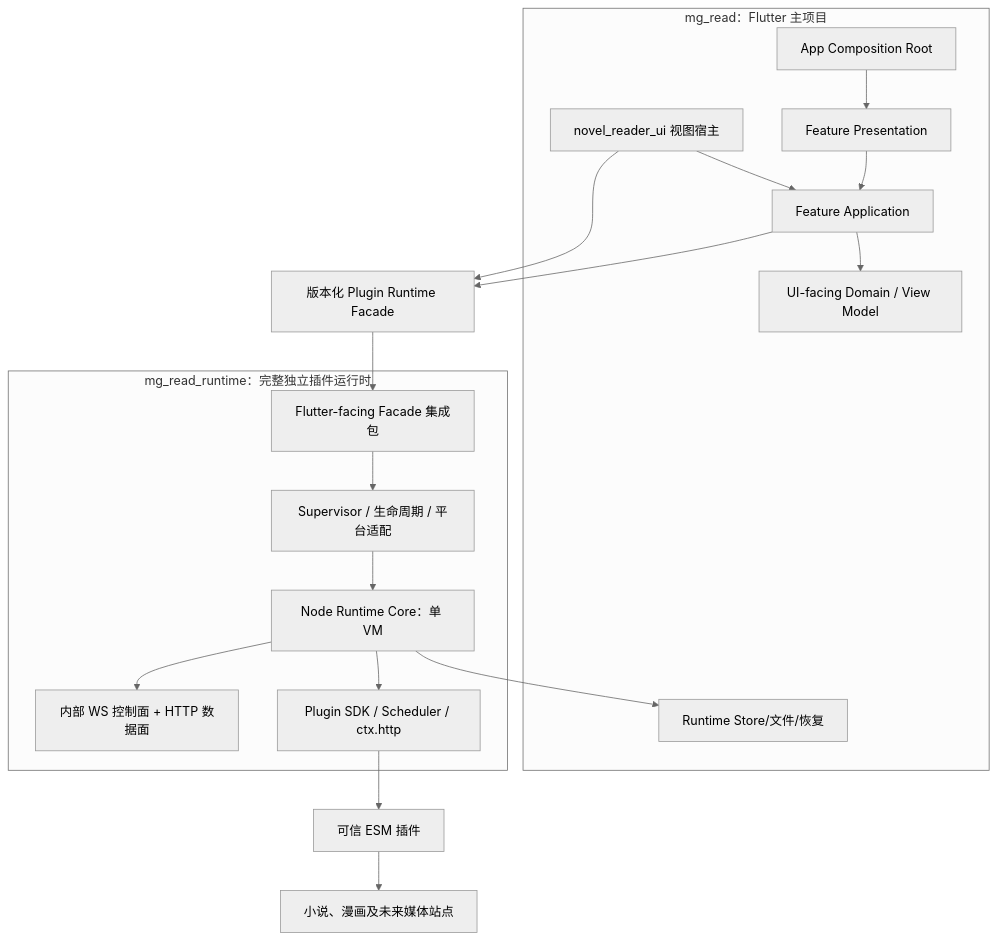
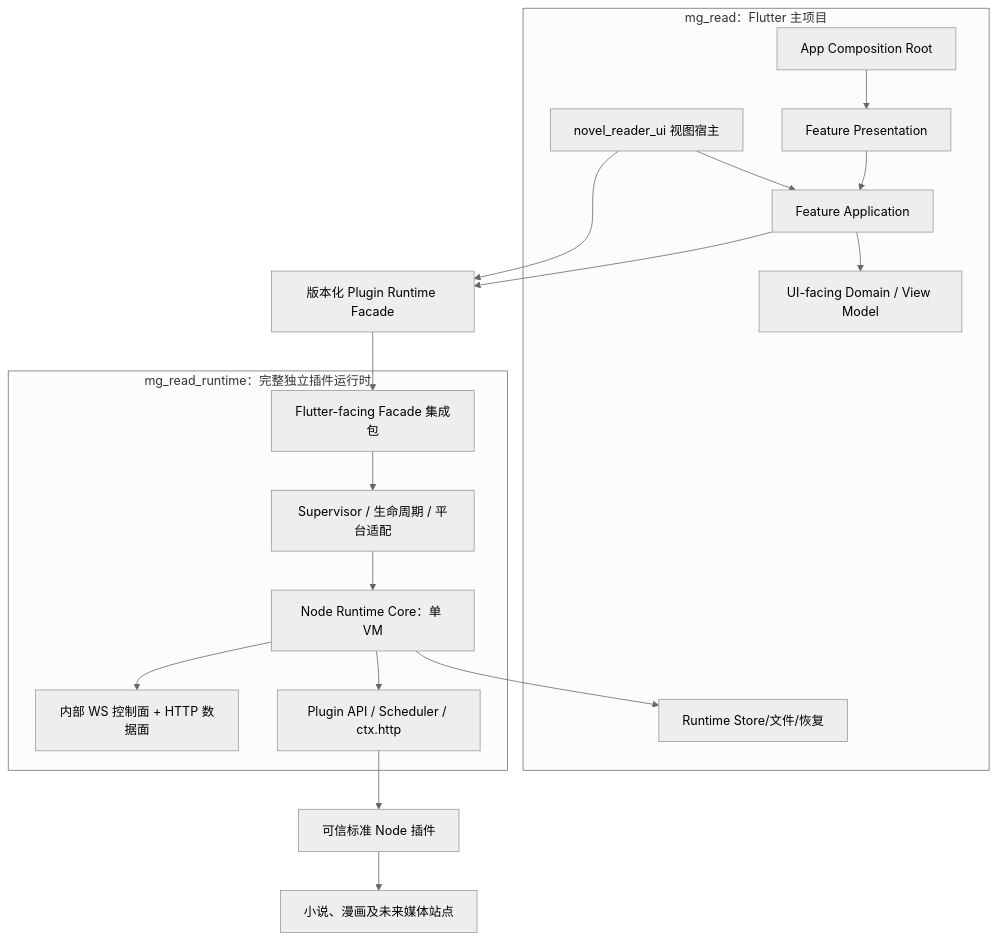
The diagram in docs/architecture/02-system-architecture.md (lingy-Mg/mg_read), drawn with Mermaid (neutral theme) before and after one commit. The commit also changed other lines of this file and 28 other files, not shown here.

````diff
--- a/docs/architecture/02-system-architecture.md
+++ b/docs/architecture/02-system-architecture.md
@@ -10,36 +10,36 @@
 ```mermaid
 flowchart TB
     subgraph APP["mg_read：Flutter 主项目"]
         ROOT["App Composition Root"]
         PRES["Feature Presentation"]
         USE["Feature Application"]
         DOMAIN["UI-facing Domain / View Model"]
     READER["novel_reader_ui 视图宿主"]
     STORE["core persistence：应用权威元数据"]
         ROOT --> PRES
         PRES --> USE
         USE --> DOMAIN
         READER --> USE
     end
 
     USE --> FACADE["版本化 Plugin Runtime Facade"]
     READER --> FACADE
 
     subgraph RUNTIME["mg_read_runtime：完整独立插件运行时"]
         API["Flutter-facing Facade 集成包"]
         SUP["Supervisor / 生命周期 / 平台适配"]
         CORE["Node Runtime Core：单 VM"]
         WIRE["内部 WS 控制面 + HTTP 数据面"]
         STORE["Runtime Store/文件/恢复"]
-        SDK["Plugin SDK / Scheduler / ctx.http"]
+        SDK["Plugin API / Scheduler / ctx.http"]
         API --> SUP
         SUP --> CORE
         CORE --> WIRE
         CORE --> STORE
         CORE --> SDK
     end
 
     FACADE --> API
-    SDK --> PLUGINS["可信 ESM 插件"]
+    SDK --> PLUGINS["可信标准 Node 插件"]
     PLUGINS --> SOURCES["小说、漫画及未来媒体站点"]
 ```
````
